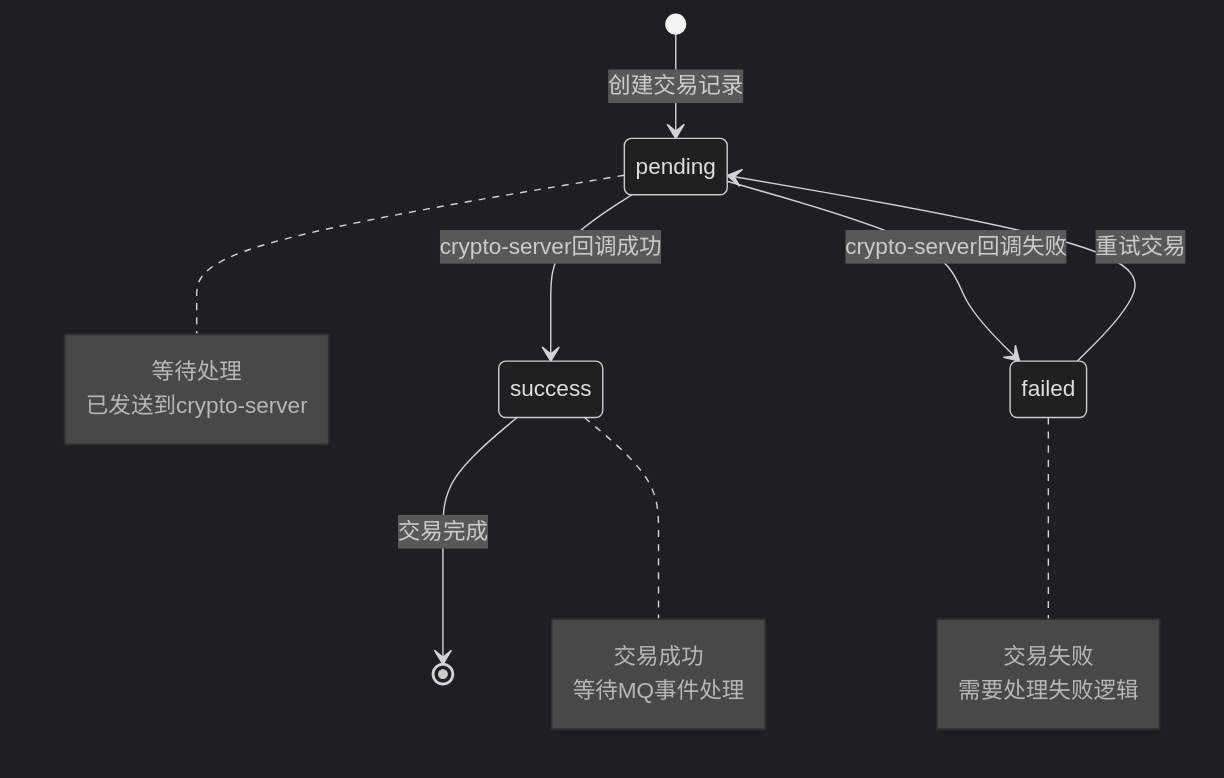
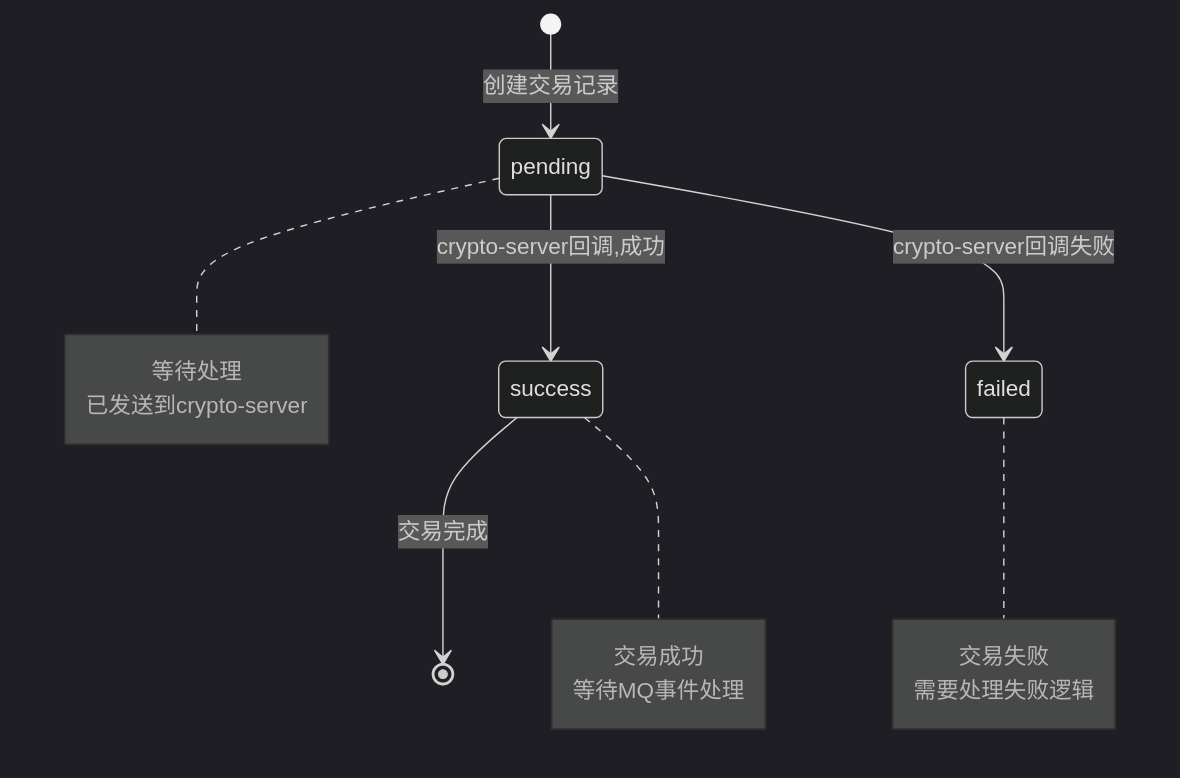
Before and after one commit to yingjianzh/iodraw-files: the diagram in all/未命名-77.md, drawn with Mermaid (dark theme).

Commit message:
2025-07-08 11:23:04 update

````diff
--- a/all/未命名-77.md
+++ b/all/未命名-77.md
@@ -1,27 +1,25 @@
 ```mermaid
 stateDiagram-v2
     [*] --> pending: 创建交易记录
-    pending --> success: crypto-server回调成功
+    pending --> success: crypto-server回调,成功
     pending --> failed: crypto-server回调失败
-    
-    failed --> pending: 重试交易
-    
+
     success --> [*]: 交易完成
     
     note right of pending
         等待处理
         已发送到crypto-server
     end note
     
     note right of success
         交易成功
         等待MQ事件处理
     end note
     
     note right of failed
         交易失败
         需要处理失败逻辑
     end note
     
    
 ```
````
